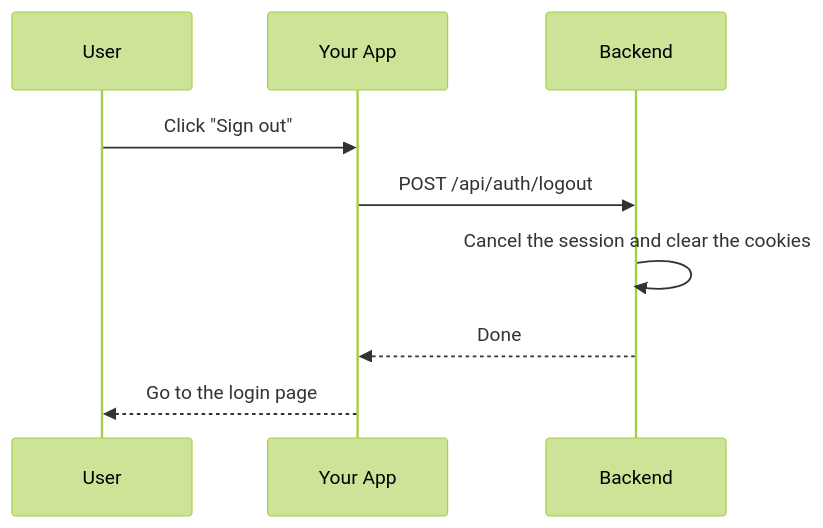
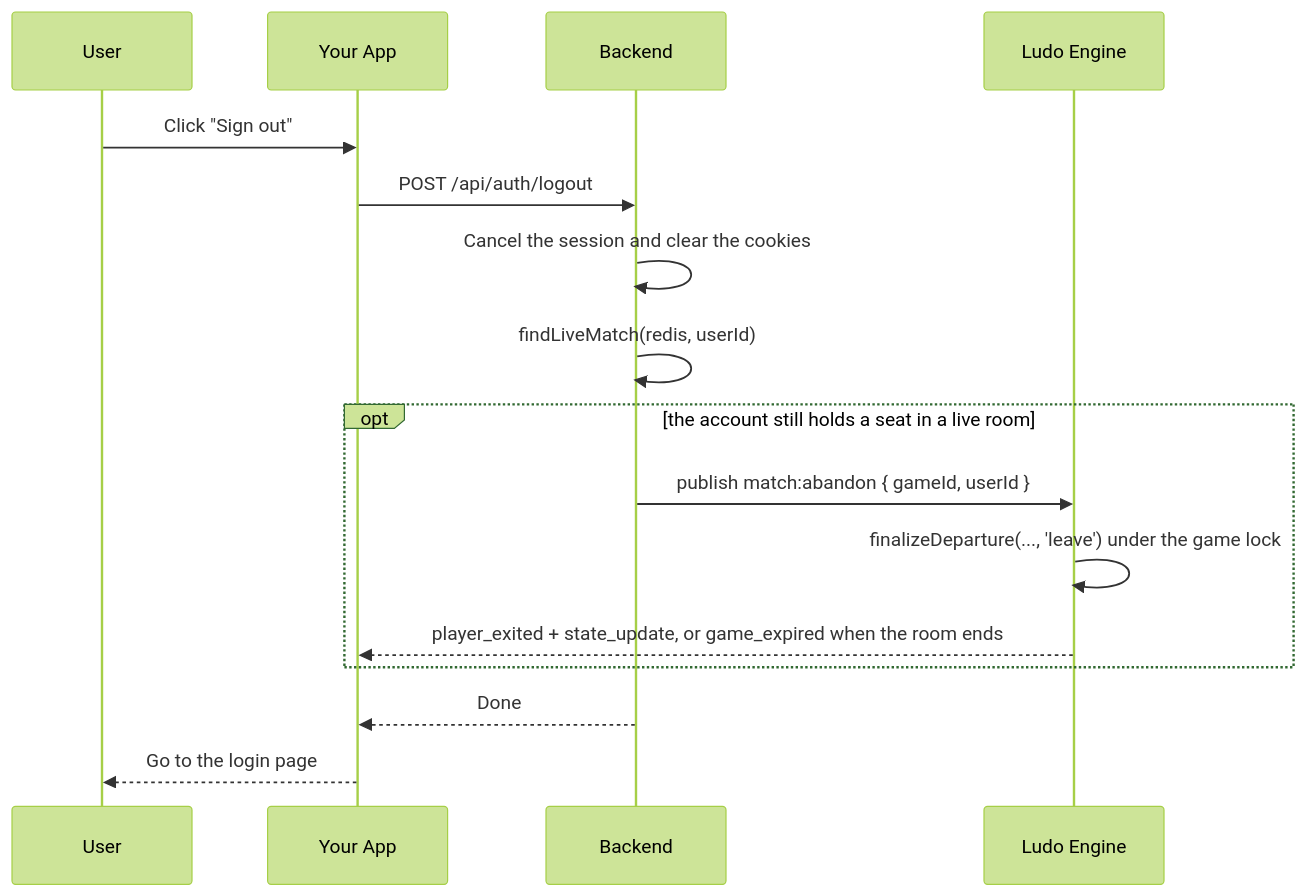
One commit to IrmaJoKerr/ft_transcendence-ludo changed the eighth of 8 diagrams in docs/backend/backend-auth-module.md. Above: the diagram before and after it, drawn with Mermaid (forest theme). The commit also changed other lines of this file and 21 other files, not shown here.

Commit message:
feat(match): sign-out ends the live match (D7) logout publishes match:abandon; engine finalizes the seat ('leave') under the game lock. rejoin refuses ABORTED/ENDED hashes (404 MATCH_GAME_NOT_FOUND).

````diff
--- a/docs/backend/backend-auth-module.md
+++ b/docs/backend/backend-auth-module.md
@@ -522,12 +522,19 @@
 ```mermaid
 sequenceDiagram
     participant User
     participant Site as Your App
     participant Server as Backend
+    participant Engine as Ludo Engine
 
     User->>Site: Click "Sign out"
     Site->>Server: POST /api/auth/logout
     Server->>Server: Cancel the session and clear the cookies
+    Server->>Server: findLiveMatch(redis, userId)
+    opt the account still holds a seat in a live room
+        Server->>Engine: publish match:abandon { gameId, userId }
+        Engine->>Engine: finalizeDeparture(..., 'leave') under the game lock
+        Engine-->>Site: player_exited + state_update, or game_expired when the room ends
+    end
     Server-->>Site: Done
     Site-->>User: Go to the login page
 ```
````
